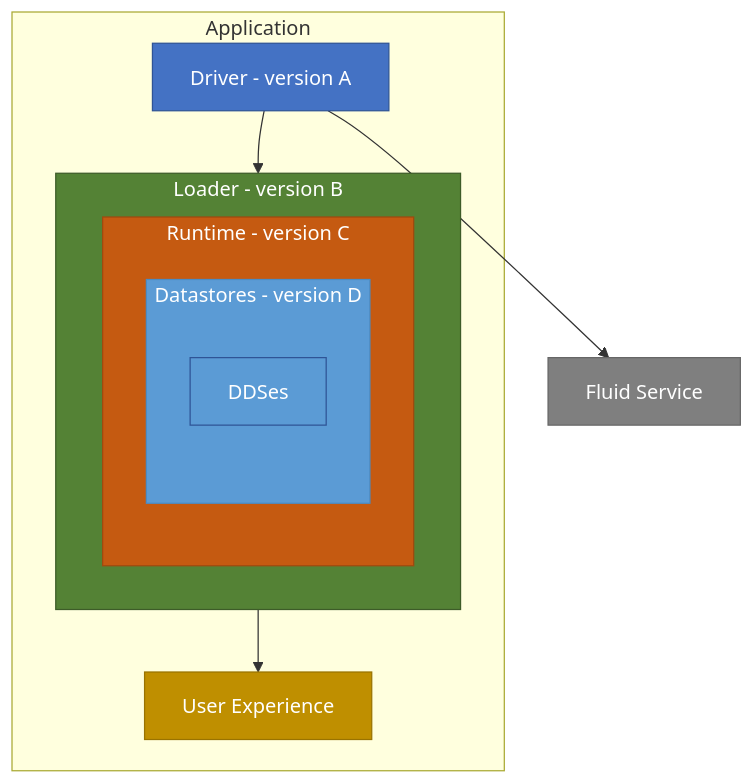
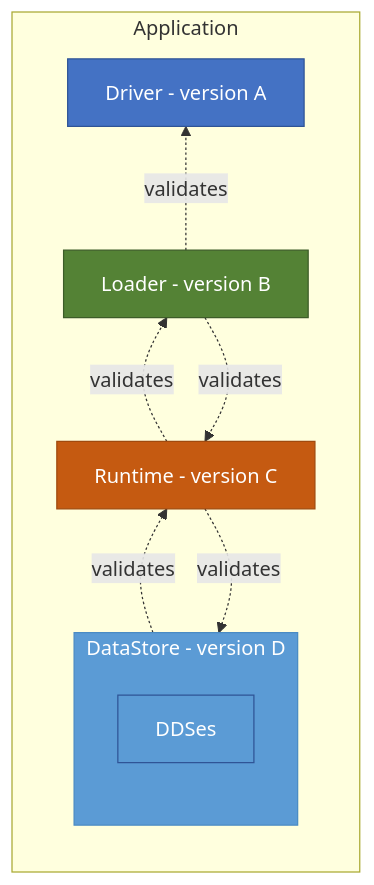
One commit to microsoft/FluidFramework changed the diagram in LayerCompatibility.md. Above: the diagram before and after it, drawn with Mermaid. The commit also changed other lines of this file and 2 other files, not shown here.

````diff
--- a/LayerCompatibility.md
+++ b/LayerCompatibility.md
@@ -138,28 +30,26 @@
 ```mermaid
-graph TD
+flowchart
     subgraph Application
-        UX[User Experience]
-
+        direction BT
         Driver[Driver - version A]
-        subgraph Loader[Loader - version B]
-            subgraph Runtime[Runtime - version C]
-                subgraph Datastores[Datastores - version D]
-                    DDSes[DDSes]
-                end
-            end
+        Loader[Loader - version B]
+        Runtime[Runtime - version C]
+        subgraph DataStore[DataStore - version D]
+            DDSes[DDSes]
         end
     end
-    FFS[Fluid Service]
 
-    Loader --> UX
-    Driver --> Loader
-    Driver --> FFS
+    %% Validation relationships
+    Loader -.->|validates| Driver
+    Loader -.->|validates| Runtime
+    Runtime -.->|validates| Loader
+    Runtime -.->|validates| DataStore
+    DataStore -.->|validates| Runtime
 
-    style UX fill:#bf8f00,stroke:#997300,color:#fff
+    %% Node styles
     style Driver fill:#4472c4,stroke:#2f5496,color:#fff
     style Loader fill:#548235,stroke:#3d5c28,color:#fff
     style Runtime fill:#c55a11,stroke:#a04a0e,color:#fff
-    style Datastores fill:#5b9bd5,stroke:#4a8bc4,color:#fff
+    style DataStore fill:#5b9bd5,stroke:#4a8bc4,color:#fff
     style DDSes fill:#5b9bd5,stroke:#2f5496,color:#fff,stroke-width:1px
-    style FFS fill:#7f7f7f,stroke:#666666,color:#fff
 ```
````
